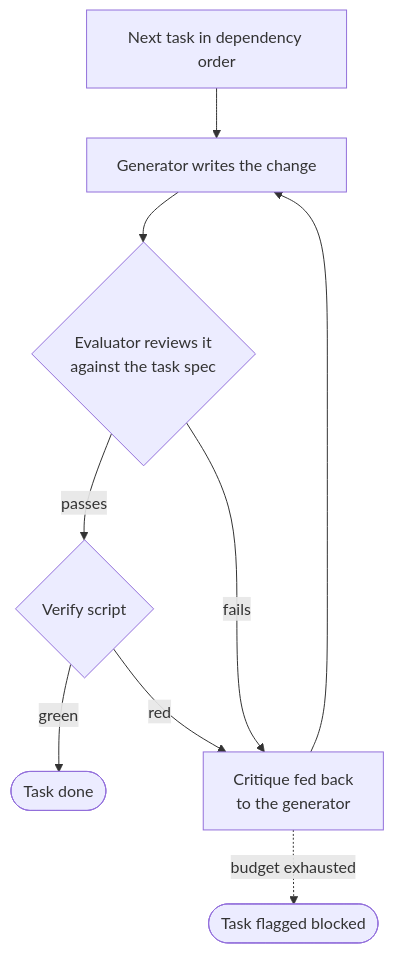
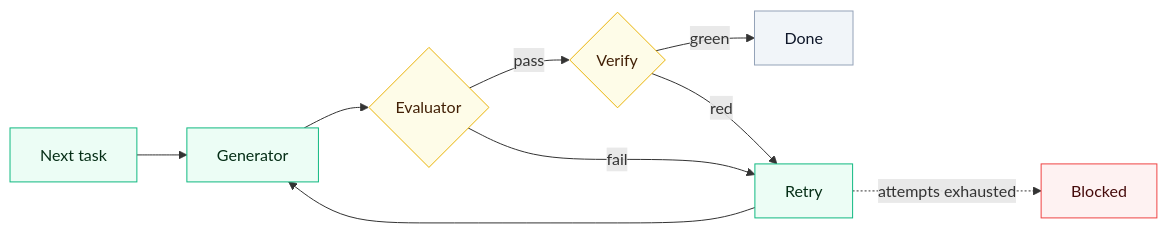
One commit to lukas-grigis/ralphctl changed the second of 2 diagrams in README.md. Above: the diagram before and after it, drawn with Mermaid. The commit also changed other lines of this file and 1 other file, not shown here.

First line of the commit message:
docs(readme): rebalance the provider sections and simplify the diagrams

````diff
--- a/README.md
+++ b/README.md
@@ -192,11 +169,19 @@
 ```mermaid
-flowchart TB
-    T[Next task in dependency order] --> G[Generator writes the change]
-    G --> E{Evaluator reviews it<br>against the task spec}
-    E -->|passes| V{Verify script}
-    E -->|fails| C[Critique fed back<br>to the generator]
-    C --> G
-    V -->|green| D([Task done])
-    V -->|red| C
-    C -.->|budget exhausted| B([Task flagged blocked])
+flowchart LR
+    T[Next task] --> G[Generator] --> E{Evaluator}
+    E -->|pass| V{Verify}
+    E -->|fail| R[Retry]
+    V -->|green| D[Done]
+    V -->|red| R
+    R --> G
+    R -.->|attempts exhausted| B[Blocked]
+
+    classDef work fill:#ecfdf5,stroke:#10b981,color:#052e16
+    classDef gate fill:#fefce8,stroke:#eab308,color:#422006
+    classDef ok fill:#f1f5f9,stroke:#94a3b8,color:#0f172a
+    classDef bad fill:#fef2f2,stroke:#ef4444,color:#450a0a
+    class T,G,R work
+    class E,V gate
+    class D ok
+    class B bad
 ```
````
